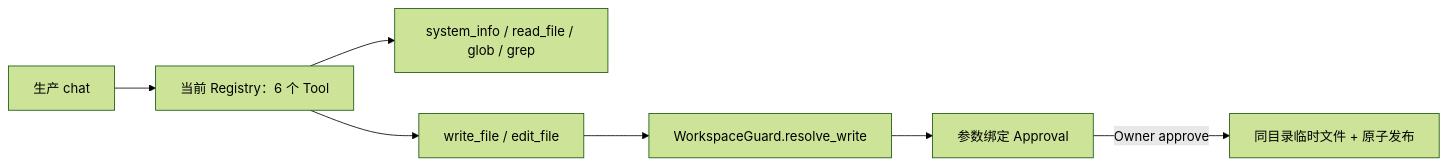
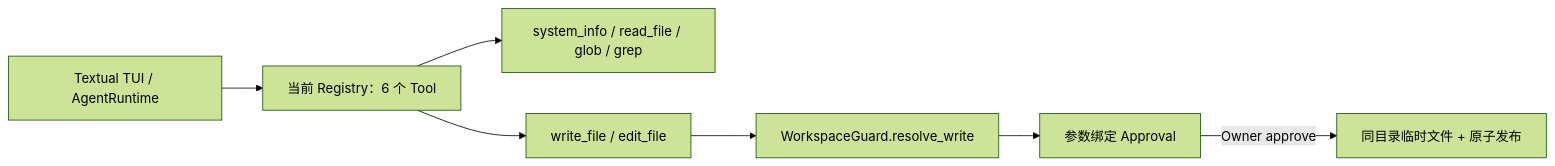
Before and after one commit to NEDONION/lobster0: the first of 3 diagrams in docs/engineering/phase-2/filesystem-tools.md, drawn with Mermaid (forest theme). The commit also changed other lines of this file and 14 other files, not shown here.

````diff
--- a/docs/engineering/phase-2/filesystem-tools.md
+++ b/docs/engineering/phase-2/filesystem-tools.md
@@ -25,9 +26,9 @@
 ```mermaid
 flowchart LR
-    MODEL["生产 chat"] --> REGISTRY["当前 Registry：6 个 Tool"]
+    MODEL["Textual TUI / AgentRuntime"] --> REGISTRY["当前 Registry：6 个 Tool"]
     REGISTRY --> READ["system_info / read_file / glob / grep"]
     REGISTRY --> WRITE["write_file / edit_file"]
     WRITE --> GUARD["WorkspaceGuard.resolve_write"]
     GUARD --> APPROVAL["参数绑定 Approval"]
     APPROVAL -->|"Owner approve"| ATOMIC["同目录临时文件 + 原子发布"]
 ```
````
